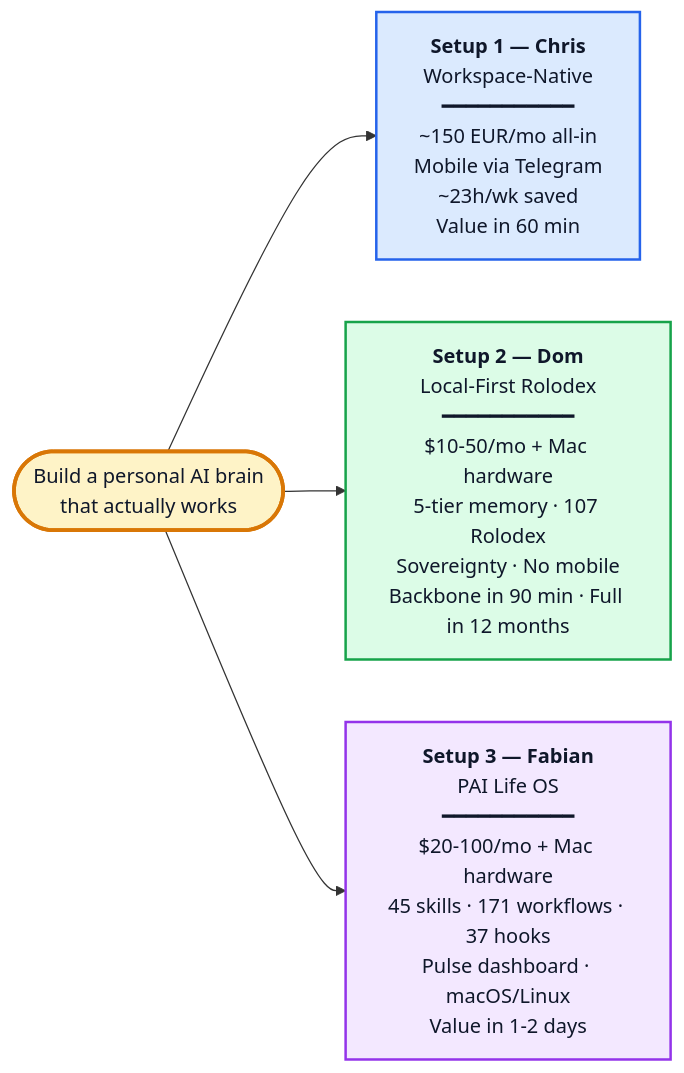
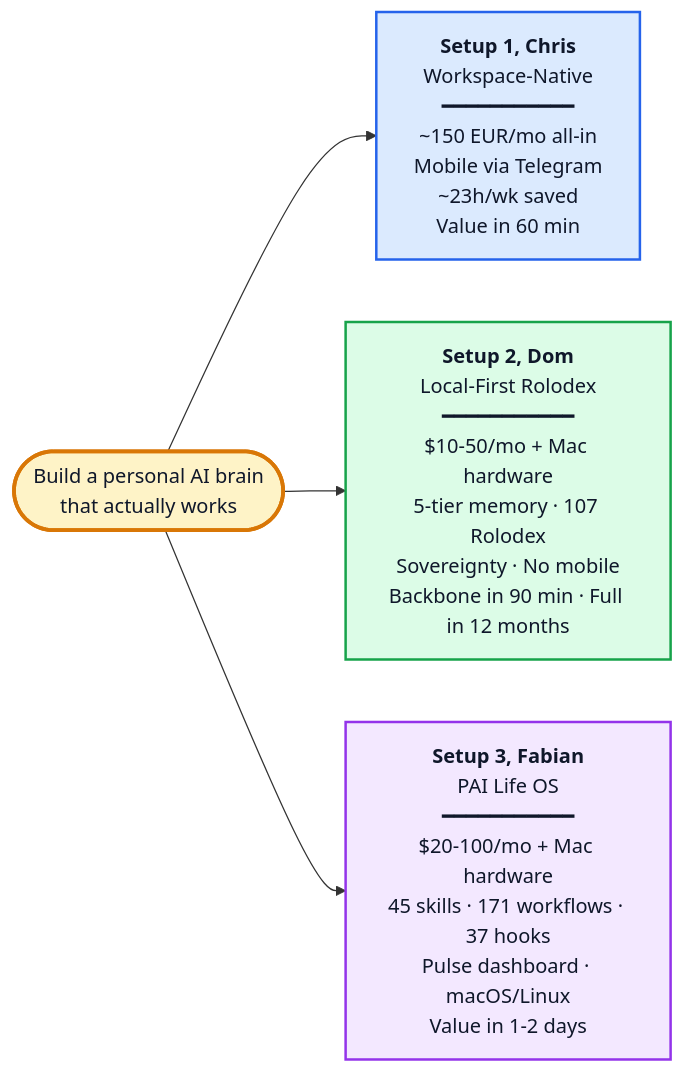
The first of 2 diagrams in README.md (chris1928a/eo-ai-exchange), drawn with Mermaid before and after one commit. The commit also changed other lines of this file and 41 other files, not shown here.

````diff
--- a/README.md
+++ b/README.md
@@ -10,17 +10,17 @@
 ```mermaid
 flowchart LR
     Brain([Build a personal AI brain<br/>that actually works])
-    Brain --> S1[<b>Setup 1 — Chris</b><br/>Workspace-Native<br/>━━━━━━━━━━━<br/>~150 EUR/mo all-in<br/>Mobile via Telegram<br/>~23h/wk saved<br/>Value in 60 min]
-    Brain --> S2[<b>Setup 2 — Dom</b><br/>Local-First Rolodex<br/>━━━━━━━━━━━<br/>$10-50/mo + Mac hardware<br/>5-tier memory · 107 Rolodex<br/>Sovereignty · No mobile<br/>Backbone in 90 min · Full in 12 months]
-    Brain --> S3[<b>Setup 3 — Fabian</b><br/>PAI Life OS<br/>━━━━━━━━━━━<br/>$20-100/mo + Mac hardware<br/>45 skills · 171 workflows · 37 hooks<br/>Pulse dashboard · macOS/Linux<br/>Value in 1-2 days]
+    Brain --> S1[<b>Setup 1, Chris</b><br/>Workspace-Native<br/>━━━━━━━━━━━<br/>~150 EUR/mo all-in<br/>Mobile via Telegram<br/>~23h/wk saved<br/>Value in 60 min]
+    Brain --> S2[<b>Setup 2, Dom</b><br/>Local-First Rolodex<br/>━━━━━━━━━━━<br/>$10-50/mo + Mac hardware<br/>5-tier memory · 107 Rolodex<br/>Sovereignty · No mobile<br/>Backbone in 90 min · Full in 12 months]
+    Brain --> S3[<b>Setup 3, Fabian</b><br/>PAI Life OS<br/>━━━━━━━━━━━<br/>$20-100/mo + Mac hardware<br/>45 skills · 171 workflows · 37 hooks<br/>Pulse dashboard · macOS/Linux<br/>Value in 1-2 days]
 
     classDef chris fill:#dbeafe,stroke:#2563eb,stroke-width:2px,color:#0f172a
     classDef dom fill:#dcfce7,stroke:#16a34a,stroke-width:2px,color:#0f172a
     classDef fabian fill:#f3e8ff,stroke:#9333ea,stroke-width:2px,color:#0f172a
     classDef start fill:#fef3c7,stroke:#d97706,stroke-width:3px,color:#0f172a
 
     class Brain start
     class S1 chris
     class S2 dom
     class S3 fabian
 ```
````
